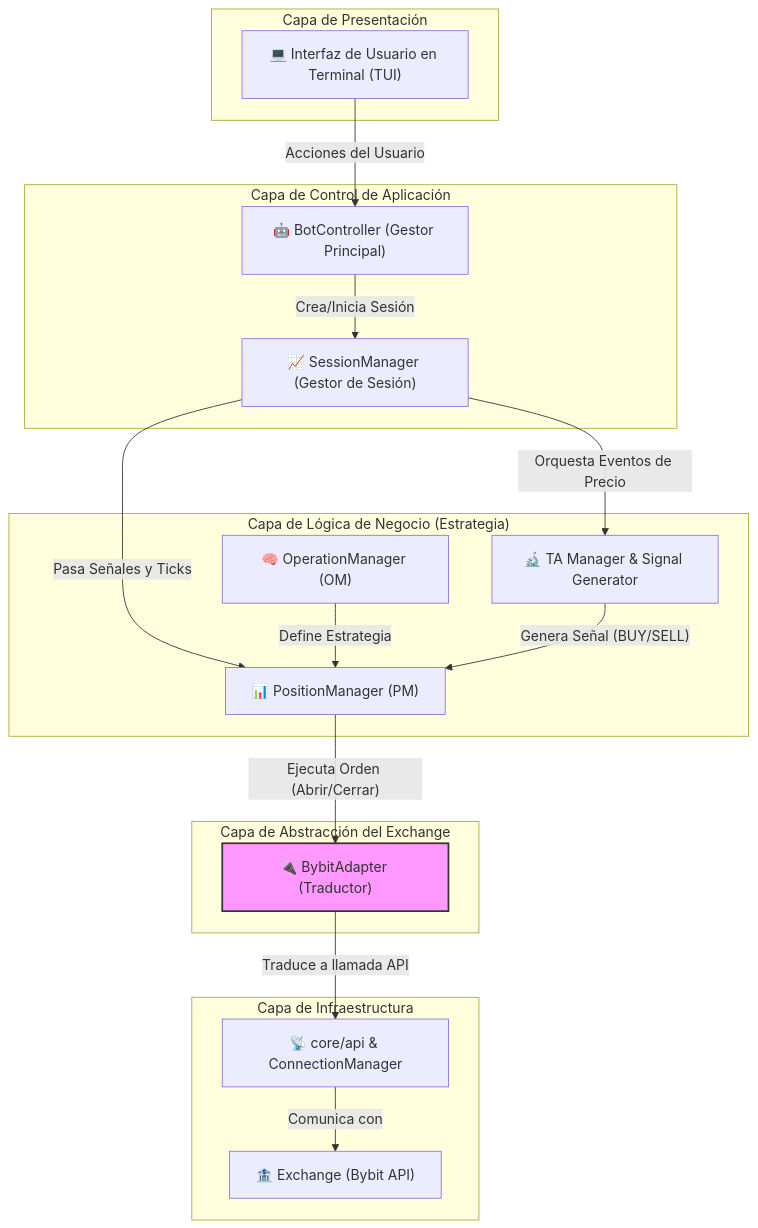
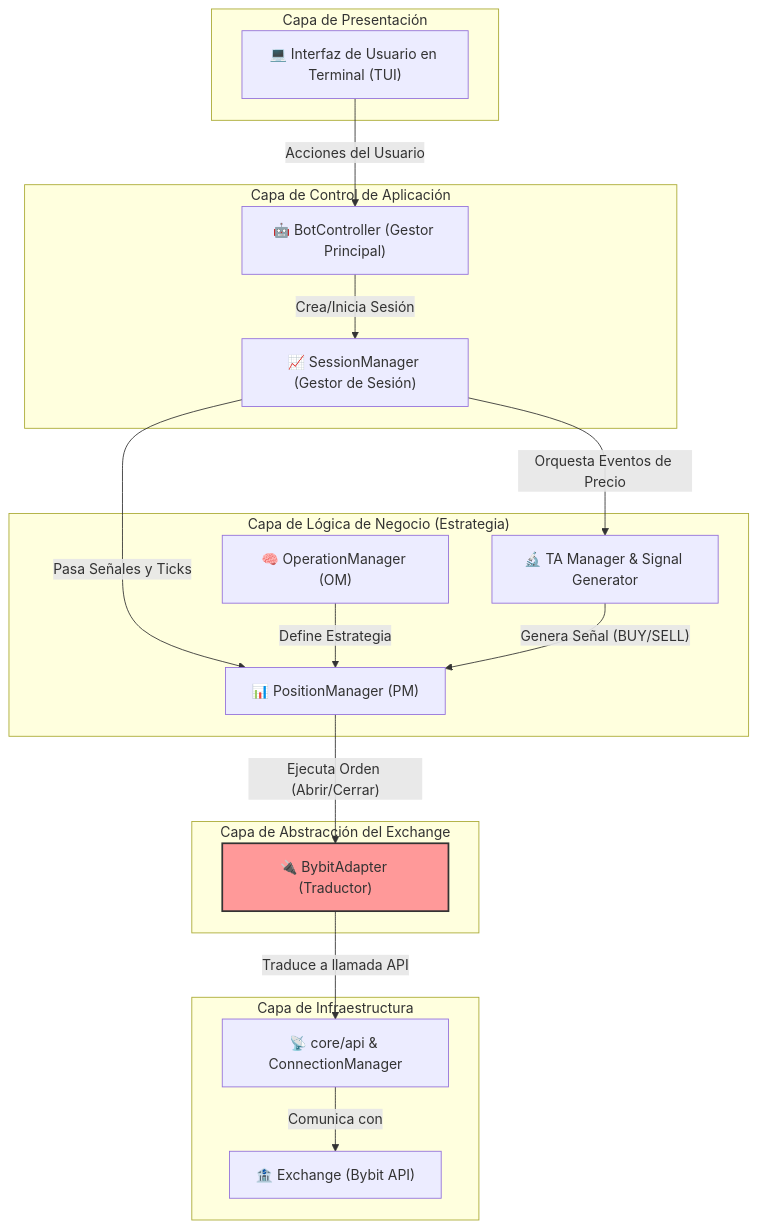
One commit to zantgo/bybit-futures-bot changed the diagram in README.md. Above: the diagram before and after it, drawn with Mermaid.

````diff
--- a/README.md
+++ b/README.md
@@ -36,38 +36,38 @@
 ```mermaid
 graph TD
     subgraph "Capa de Presentación"
         TUI["💻 Interfaz de Usuario en Terminal (TUI)"]
     end
 
     subgraph "Capa de Control de Aplicación"
         BotController["🤖 BotController (Gestor Principal)"]
         SessionManager["📈 SessionManager (Gestor de Sesión)"]
     end
 
     subgraph "Capa de Lógica de Negocio (Estrategia)"
         OM["🧠 OperationManager (OM)"]
         PM["📊 PositionManager (PM)"]
         TA_Signal["🔬 TA Manager & Signal Generator"]
     end
 
     subgraph "Capa de Abstracción del Exchange"
-        style Adapter fill:#f9f,stroke:#333,stroke-width:2px
+        style Adapter fill:#f99,stroke:#333,stroke-width:2px
         Adapter["🔌 BybitAdapter (Traductor)"]
     end
 
     subgraph "Capa de Infraestructura"
         API["📡 core/api & ConnectionManager"]
         Bybit["🏦 Exchange (Bybit API)"]
     end
 
     %% --- Conexiones entre capas ---
     TUI -- "Acciones del Usuario" --> BotController
     BotController -- "Crea/Inicia Sesión" --> SessionManager
     SessionManager -- "Orquesta Eventos de Precio" --> TA_Signal
     SessionManager -- "Pasa Señales y Ticks" --> PM
     OM -- "Define Estrategia" --> PM
     TA_Signal -- "Genera Señal (BUY/SELL)" --> PM
     PM -- "Ejecuta Orden (Abrir/Cerrar)" --> Adapter
     Adapter -- "Traduce a llamada API" --> API
     API -- "Comunica con" --> Bybit
 ```
````
